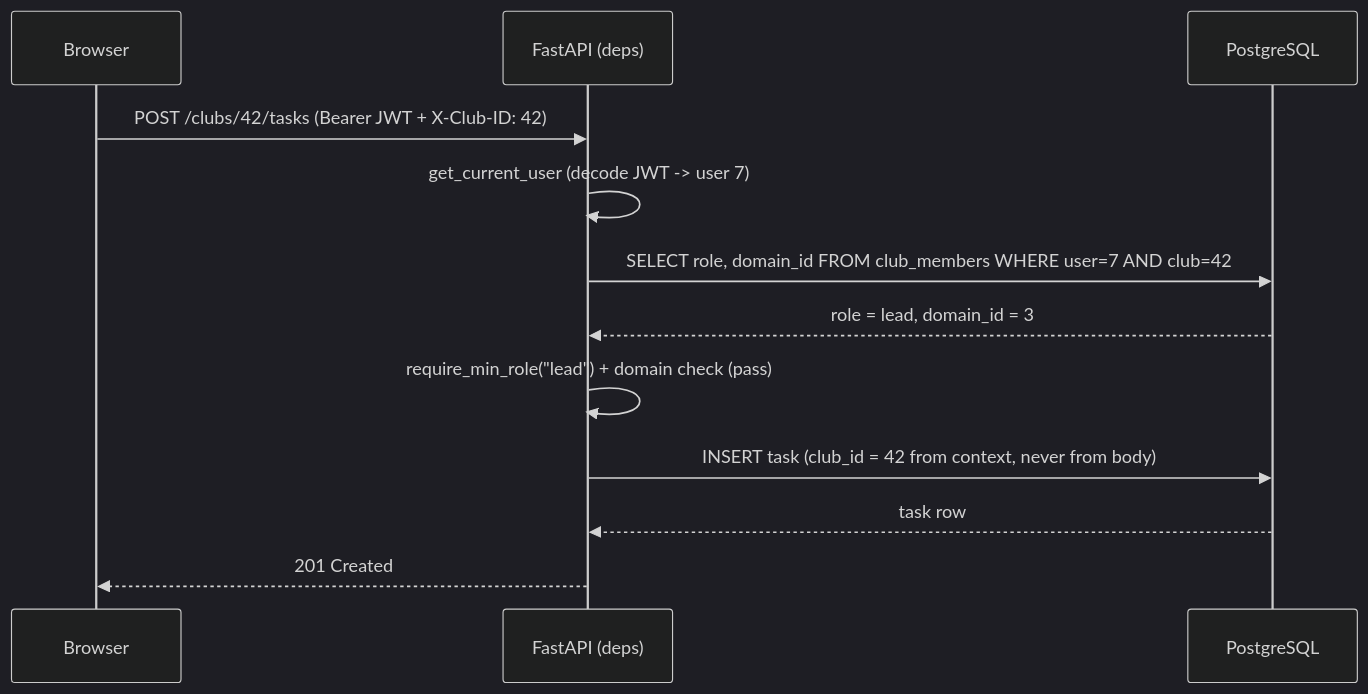
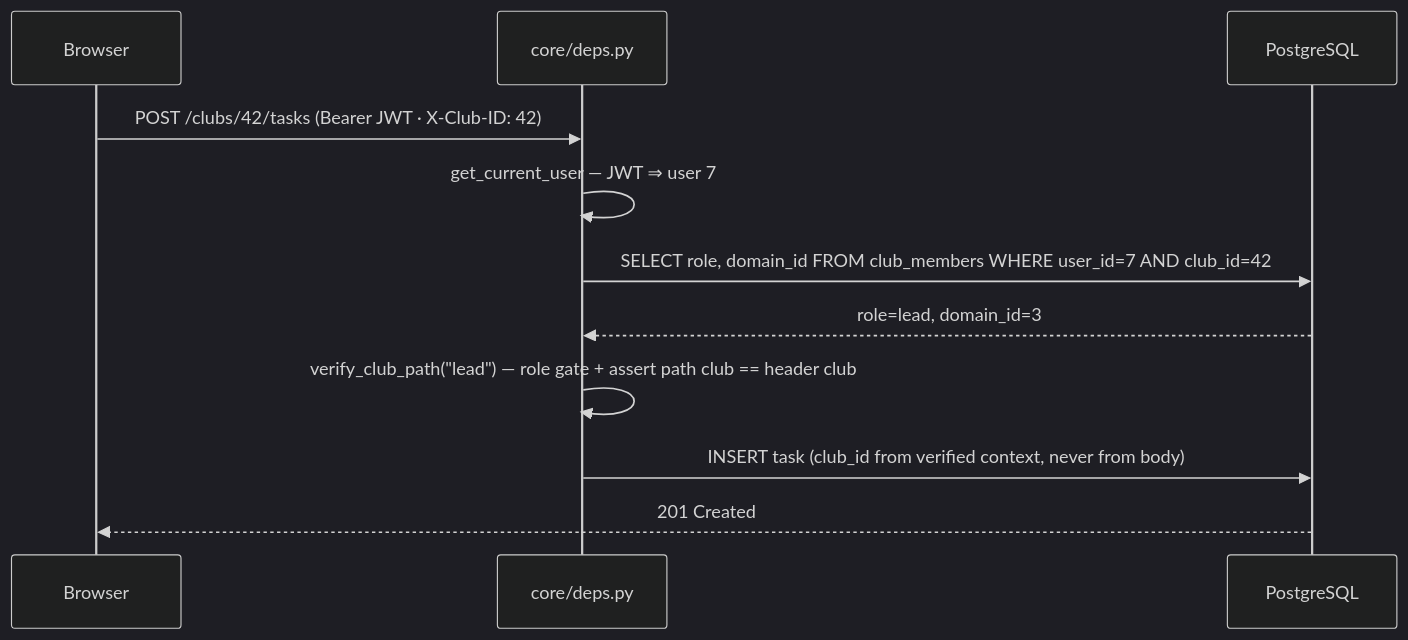
The first of 2 diagrams in README.md (VishaalPillay/ClubHub), drawn with Mermaid (dark theme) before and after one commit. The commit also changed other lines of this file and 1 other file, not shown here.

````diff
--- a/README.md
+++ b/README.md
@@ -79,15 +46,14 @@
 ```mermaid
 sequenceDiagram
     participant B as Browser
-    participant API as FastAPI (deps)
+    participant D as core/deps.py
     participant DB as PostgreSQL
 
-    B->>API: POST /clubs/42/tasks  (Bearer JWT + X-Club-ID: 42)
-    API->>API: get_current_user  (decode JWT -> user 7)
-    API->>DB: SELECT role, domain_id FROM club_members WHERE user=7 AND club=42
-    DB-->>API: role = lead, domain_id = 3
-    API->>API: require_min_role("lead") + domain check  (pass)
-    API->>DB: INSERT task (club_id = 42 from context, never from body)
-    DB-->>API: task row
-    API-->>B: 201 Created
+    B->>D: POST /clubs/42/tasks  (Bearer JWT · X-Club-ID: 42)
+    D->>D: get_current_user — JWT ⇒ user 7
+    D->>DB: SELECT role, domain_id FROM club_members WHERE user_id=7 AND club_id=42
+    DB-->>D: role=lead, domain_id=3
+    D->>D: verify_club_path("lead") — role gate + assert path club == header club
+    D->>DB: INSERT task (club_id from verified context, never from body)
+    DB-->>B: 201 Created
 ```
````
